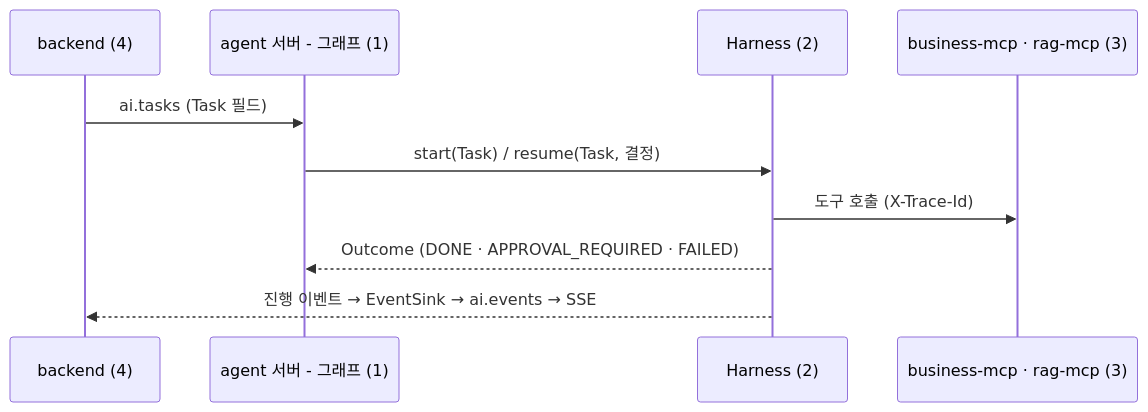
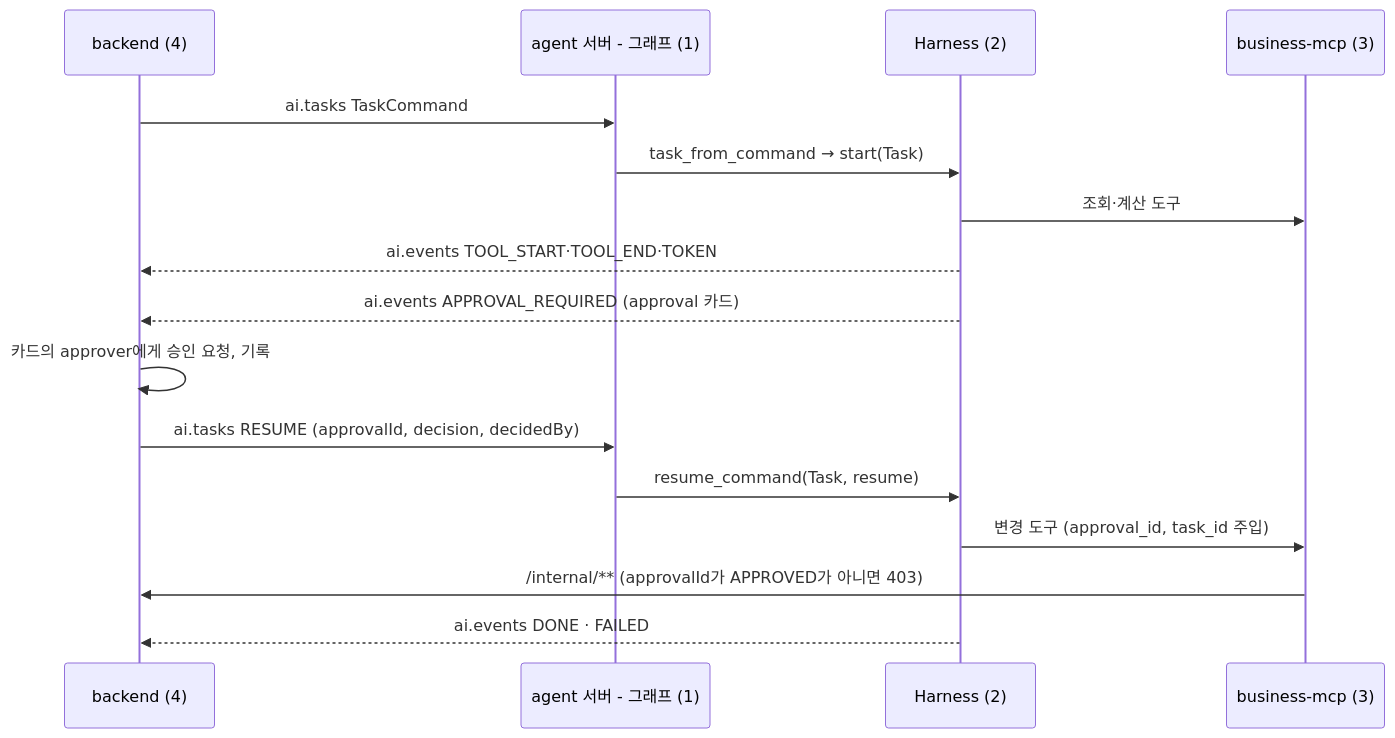
One commit to HuitaePark/seoul_bike changed the second of 2 diagrams in docs/HARNESS.md. Above: the diagram before and after it, drawn with Mermaid. The commit also changed other lines of this file and 3 other files, not shown here.

````diff
--- a/docs/HARNESS.md
+++ b/docs/HARNESS.md
@@ -51,12 +51,18 @@
 ```mermaid
 sequenceDiagram
   participant BE as backend (4)
   participant G as agent 서버 - 그래프 (1)
   participant H as Harness (2)
-  participant MCP as business-mcp · rag-mcp (3)
-  BE->>G: ai.tasks (Task 필드)
-  G->>H: start(Task) / resume(Task, 결정)
-  H->>MCP: 도구 호출 (X-Trace-Id)
-  H-->>G: Outcome (DONE · APPROVAL_REQUIRED · FAILED)
-  H-->>BE: 진행 이벤트 → EventSink → ai.events → SSE
+  participant MCP as business-mcp (3)
+  BE->>G: ai.tasks TaskCommand
+  G->>H: task_from_command → start(Task)
+  H->>MCP: 조회·계산 도구
+  H-->>BE: ai.events TOOL_START·TOOL_END·TOKEN
+  H-->>BE: ai.events APPROVAL_REQUIRED (approval 카드)
+  BE->>BE: 카드의 approver에게 승인 요청, 기록
+  BE->>G: ai.tasks RESUME (approvalId, decision, decidedBy)
+  G->>H: resume_command(Task, resume)
+  H->>MCP: 변경 도구 (approval_id, task_id 주입)
+  MCP->>BE: /internal/** (approvalId가 APPROVED가 아니면 403)
+  H-->>BE: ai.events DONE · FAILED
 ```
````
